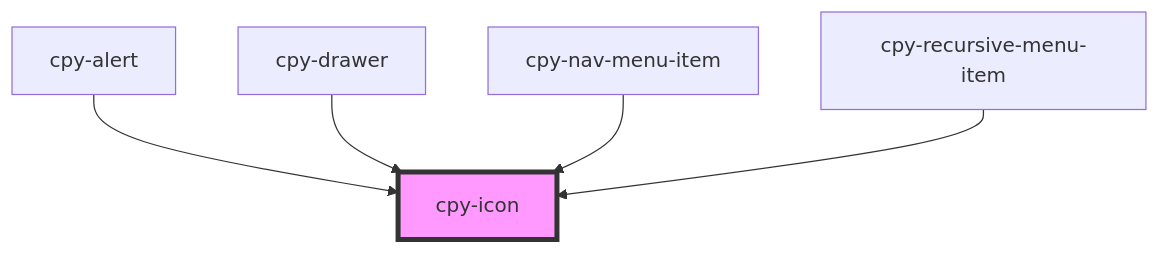
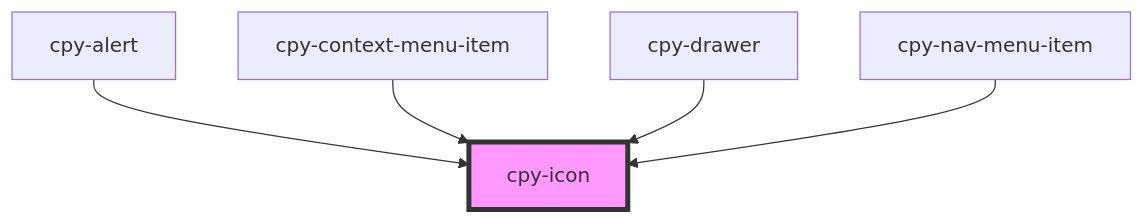
Before and after one commit to Lith1um/Canopy-Stencil: the diagram in stencil-lib/src/components/icon/readme.md, drawn with Mermaid. The commit also changed other lines of this file and 34 other files, not shown here.

Commit message:
rename recursive menu to context and update docs

````diff
--- a/stencil-lib/src/components/icon/readme.md
+++ b/stencil-lib/src/components/icon/readme.md
@@ -18,8 +18,8 @@
 ```mermaid
 graph TD;
   cpy-alert --> cpy-icon
+  cpy-context-menu-item --> cpy-icon
   cpy-drawer --> cpy-icon
   cpy-nav-menu-item --> cpy-icon
-  cpy-recursive-menu-item --> cpy-icon
   style cpy-icon fill:#f9f,stroke:#333,stroke-width:4px
 ```
````
